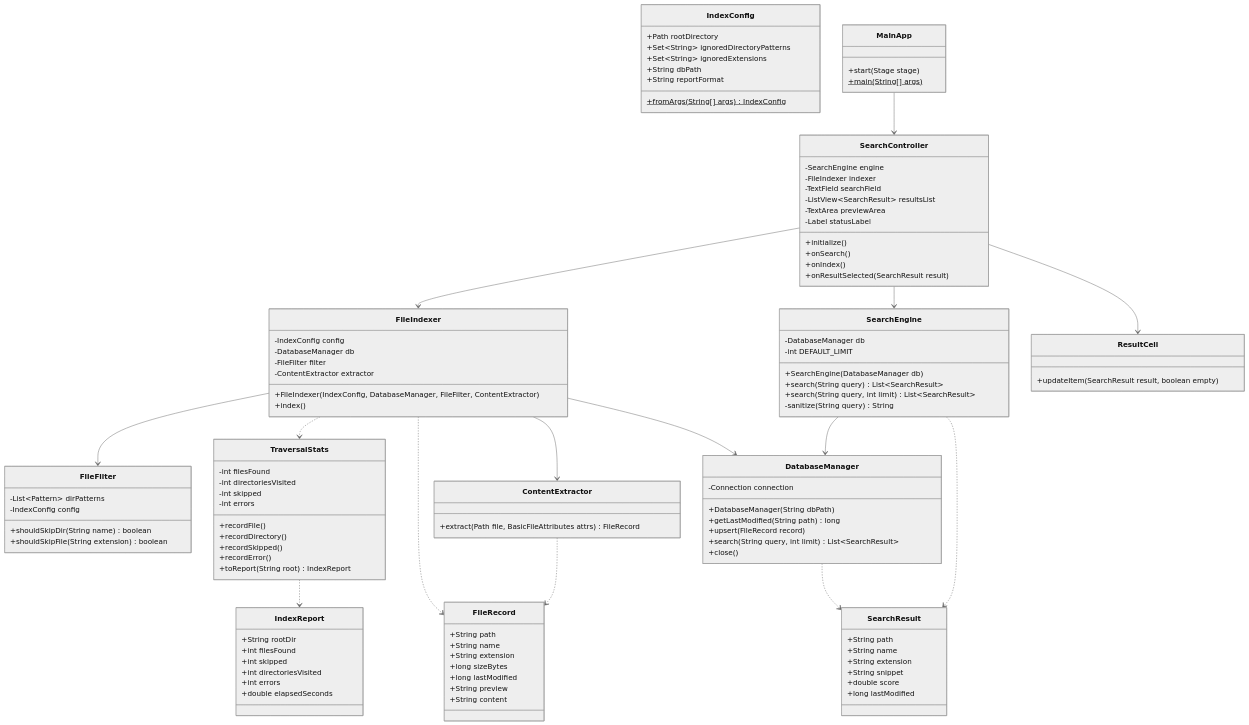
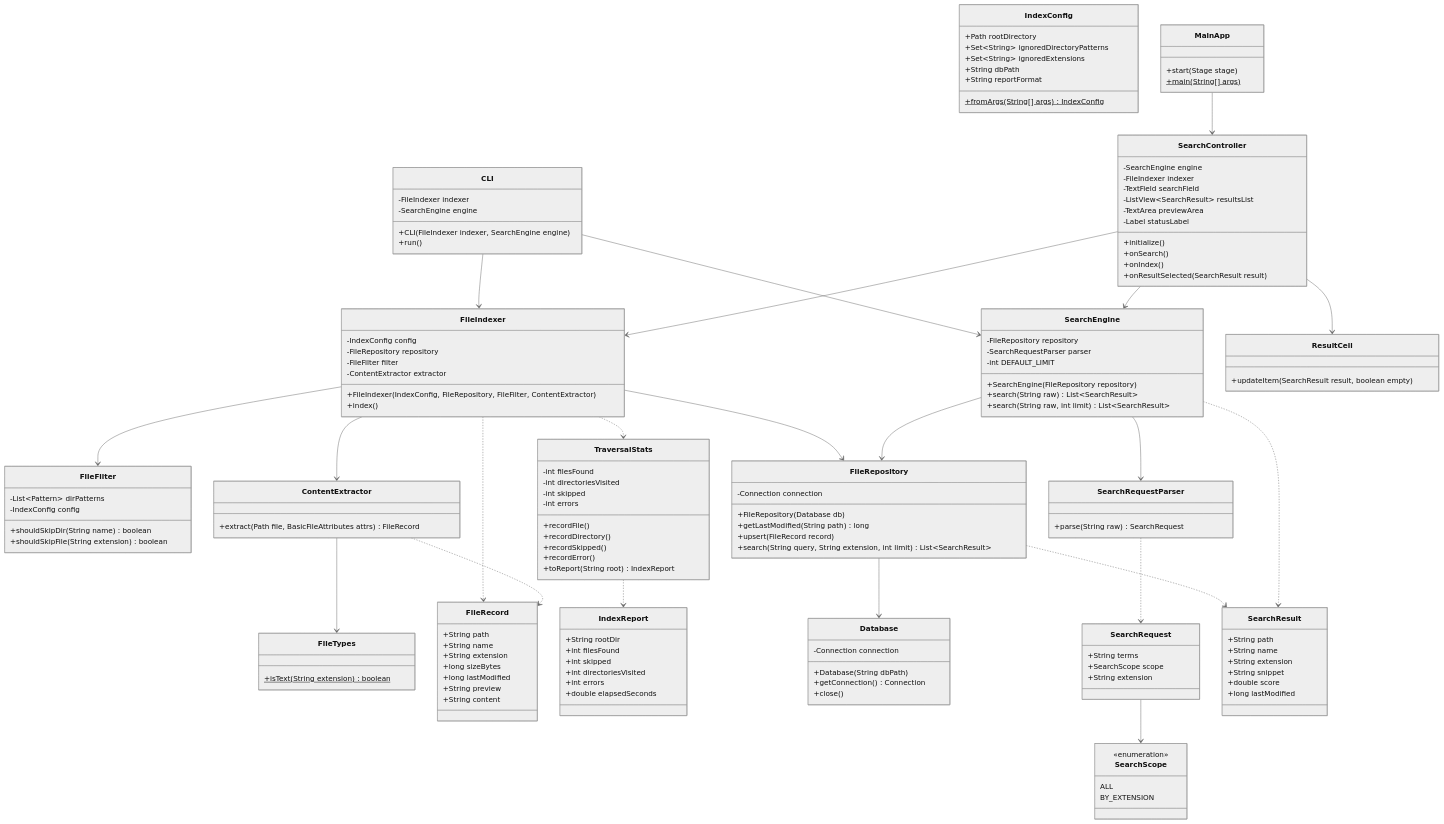
The fourth of 7 diagrams in ARCHITECTURE.md (IonutzHerbil/Search_Engine), drawn with Mermaid (neutral theme) before and after one commit. The commit also changed other lines of this file, not shown here.

Commit message:
docs: updated architecture to reflect refactored structure

```diff
--- a/ARCHITECTURE.md
+++ b/ARCHITECTURE.md
@@ -126,6 +139,10 @@
         +String dbPath
         +String reportFormat
         +fromArgs(String[] args)$ IndexConfig
+    }
+
+    class FileTypes {
+        +isText(String extension)$ boolean
     }
 
     class FileRecord {
@@ -151,10 +168,10 @@
 
     class FileIndexer {
         -IndexConfig config
-        -DatabaseManager db
+        -FileRepository repository
         -FileFilter filter
         -ContentExtractor extractor
-        +FileIndexer(IndexConfig, DatabaseManager, FileFilter, ContentExtractor)
+        +FileIndexer(IndexConfig, FileRepository, FileFilter, ContentExtractor)
         +index()
     }
 
@@ -179,13 +196,44 @@
         +double elapsedSeconds
     }
 
-    class DatabaseManager {
+    class Database {
         -Connection connection
-        +DatabaseManager(String dbPath)
+        +Database(String dbPath)
+        +getConnection() Connection
+        +close()
+    }
+
+    class FileRepository {
+        -Connection connection
+        +FileRepository(Database db)
         +getLastModified(String path) long
         +upsert(FileRecord record)
-        +search(String query, int limit) List~SearchResult~
-        +close()
+        +search(String query, String extension, int limit) List~SearchResult~
+    }
+
+    class SearchScope {
+        <<enumeration>>
+        ALL
+        BY_EXTENSION
+    }
+
+    class SearchRequest {
+        +String terms
+        +SearchScope scope
+        +String extension
+    }
+
+    class SearchRequestParser {
+        +parse(String raw) SearchRequest
+    }
+
+    class SearchEngine {
+        -FileRepository repository
+        -SearchRequestParser parser
+        -int DEFAULT_LIMIT
+        +SearchEngine(FileRepository repository)
+        +search(String raw) List~SearchResult~
+        +search(String raw, int limit) List~SearchResult~
     }
 
     class SearchResult {
@@ -197,13 +245,11 @@
         +long lastModified
     }
 
-    class SearchEngine {
-        -DatabaseManager db
-        -int DEFAULT_LIMIT
-        +SearchEngine(DatabaseManager db)
-        +search(String query) List~SearchResult~
-        +search(String query, int limit) List~SearchResult~
-        -sanitize(String query) String
+    class CLI {
+        -FileIndexer indexer
+        -SearchEngine engine
+        +CLI(FileIndexer indexer, SearchEngine engine)
+        +run()
     }
 
     class MainApp {
@@ -230,14 +276,21 @@
 
     FileIndexer --> FileFilter
     FileIndexer --> ContentExtractor
-    FileIndexer --> DatabaseManager
+    FileIndexer --> FileRepository
     FileIndexer ..> FileRecord
     FileIndexer ..> TraversalStats
     TraversalStats ..> IndexReport
     ContentExtractor ..> FileRecord
-    DatabaseManager ..> SearchResult
-    SearchEngine --> DatabaseManager
+    ContentExtractor --> FileTypes
+    FileRepository --> Database
+    FileRepository ..> SearchResult
+    SearchEngine --> FileRepository
+    SearchEngine --> SearchRequestParser
+    SearchRequestParser ..> SearchRequest
+    SearchRequest --> SearchScope
     SearchEngine ..> SearchResult
+    CLI --> FileIndexer
+    CLI --> SearchEngine
     MainApp --> SearchController
     SearchController --> SearchEngine
     SearchController --> FileIndexer
```
